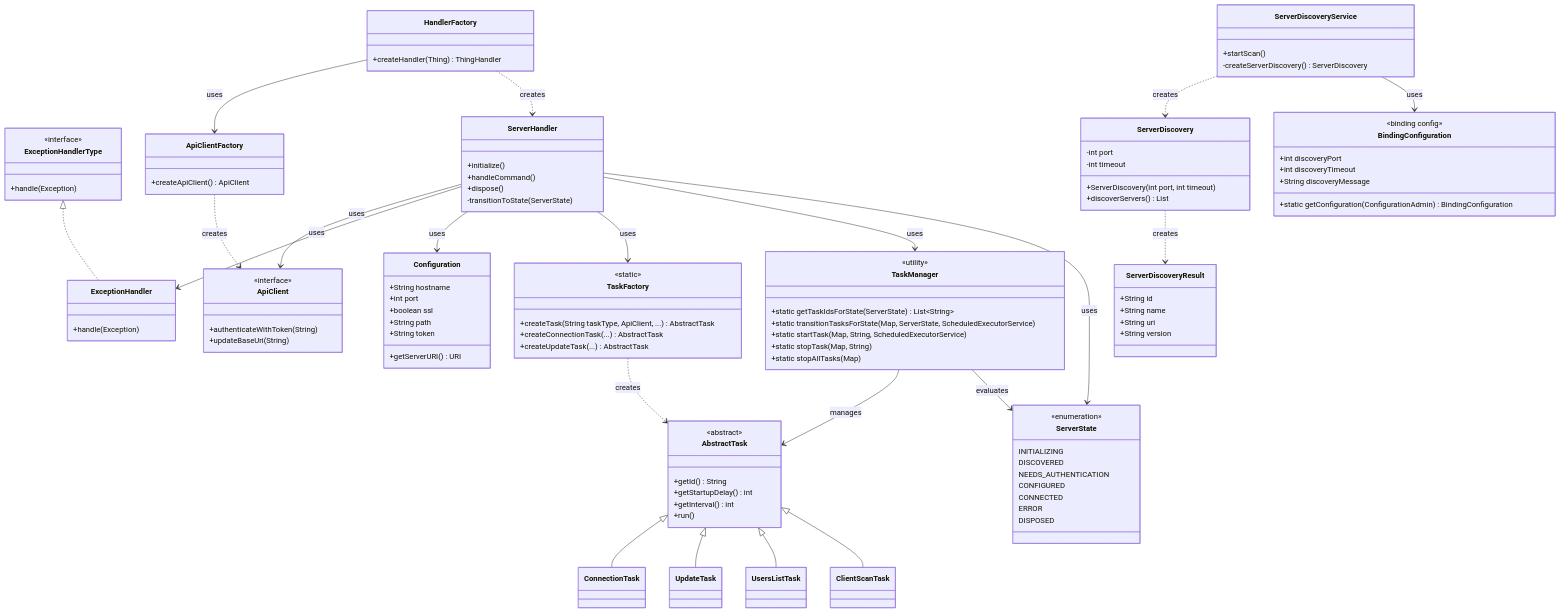
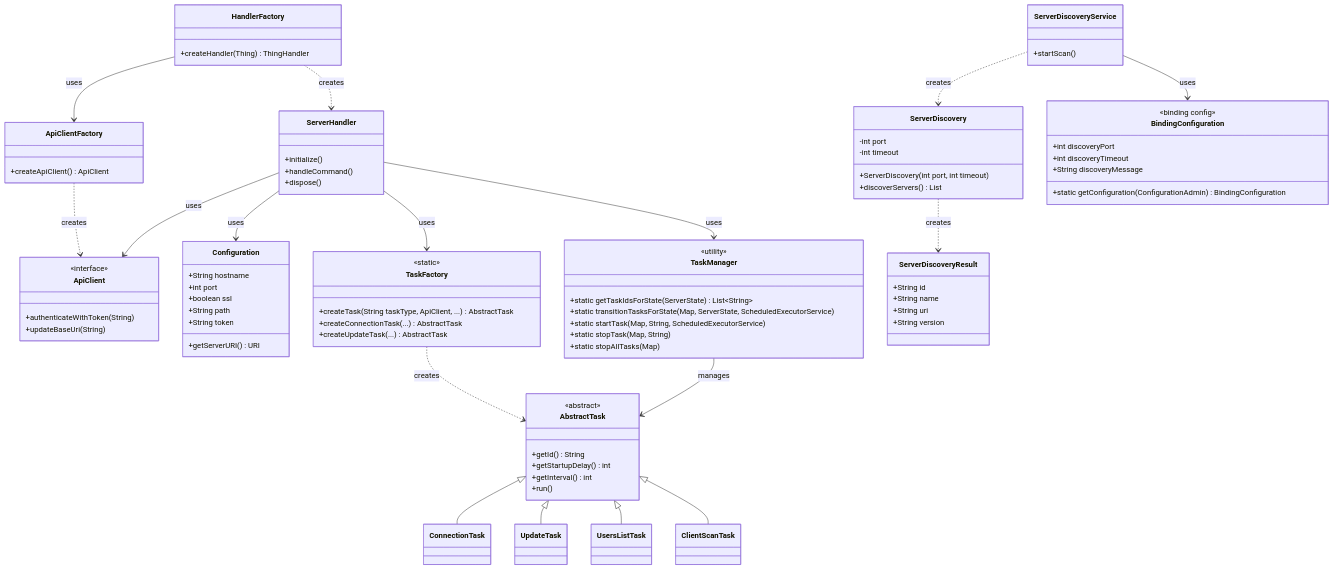
One commit to openhab/openhab-addons changed the diagram in bundles/org.openhab.binding.jellyfin/CONTRIBUTION.md. Above: the diagram before and after it, drawn with Mermaid. The commit also changed other lines of this file and 7 other files, not shown here.

First line of the commit message:
feat: ✨ refactor task system to support Jellyfin server versions > 10.8

```diff
--- a/bundles/org.openhab.binding.jellyfin/CONTRIBUTION.md
+++ b/bundles/org.openhab.binding.jellyfin/CONTRIBUTION.md
@@ -13,21 +13,18 @@
     AbstractTask <|-- UpdateTask
     AbstractTask <|-- UsersListTask
     AbstractTask <|-- ClientScanTask
-    ExceptionHandlerType <|.. ExceptionHandler
+
     
     %% Class dependencies and usage relationships
     HandlerFactory --> ApiClientFactory : uses
     ServerHandler --> ApiClient : uses
-    ServerHandler --> ExceptionHandler : uses
     ServerHandler --> Configuration : uses
     ServerHandler --> TaskFactory : uses
     ServerHandler --> TaskManager : uses
-    ServerHandler --> ServerState : uses
     ServerDiscoveryService ..> ServerDiscovery : creates
     ServerDiscoveryService --> BindingConfiguration : uses
     TaskFactory ..> AbstractTask : creates
     TaskManager --> AbstractTask : manages
-    TaskManager --> ServerState : evaluates
     ServerDiscovery ..> ServerDiscoveryResult : creates
     ApiClientFactory ..> ApiClient : creates
     HandlerFactory ..> ServerHandler : creates
@@ -41,7 +38,6 @@
         +initialize()
         +handleCommand()
         +dispose()
-        -transitionToState(ServerState)
     }
     
     class TaskManager {
@@ -51,17 +47,6 @@
         +static startTask(Map, String, ScheduledExecutorService)
         +static stopTask(Map, String)
         +static stopAllTasks(Map)
-    }
-    
-    class ServerState {
-        <<enumeration>>
-        INITIALIZING
-        DISCOVERED
-        NEEDS_AUTHENTICATION
-        CONFIGURED
-        CONNECTED
-        ERROR
-        DISPOSED
     }
     
     class ApiClientFactory {
@@ -76,7 +61,6 @@
     
     class ServerDiscoveryService {
         +startScan()
-        -createServerDiscovery() ServerDiscovery
     }
     
     class ServerDiscovery {
@@ -99,15 +83,6 @@
         +createTask(String taskType, ApiClient, ...) AbstractTask
         +createConnectionTask(...) AbstractTask
         +createUpdateTask(...) AbstractTask
-    }
-    
-    class ExceptionHandlerType {
-        <<interface>>
-        +handle(Exception)
-    }
-    
-    class ExceptionHandler {
-        +handle(Exception)
     }
     
     class Configuration {
```
